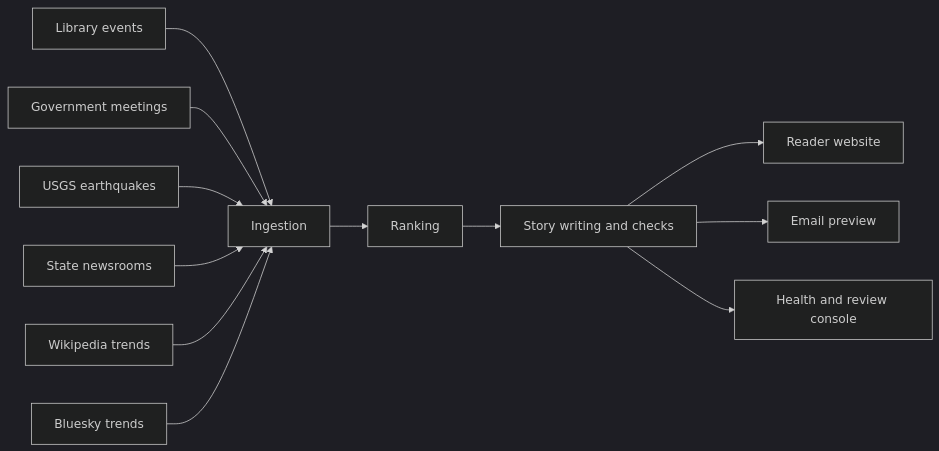
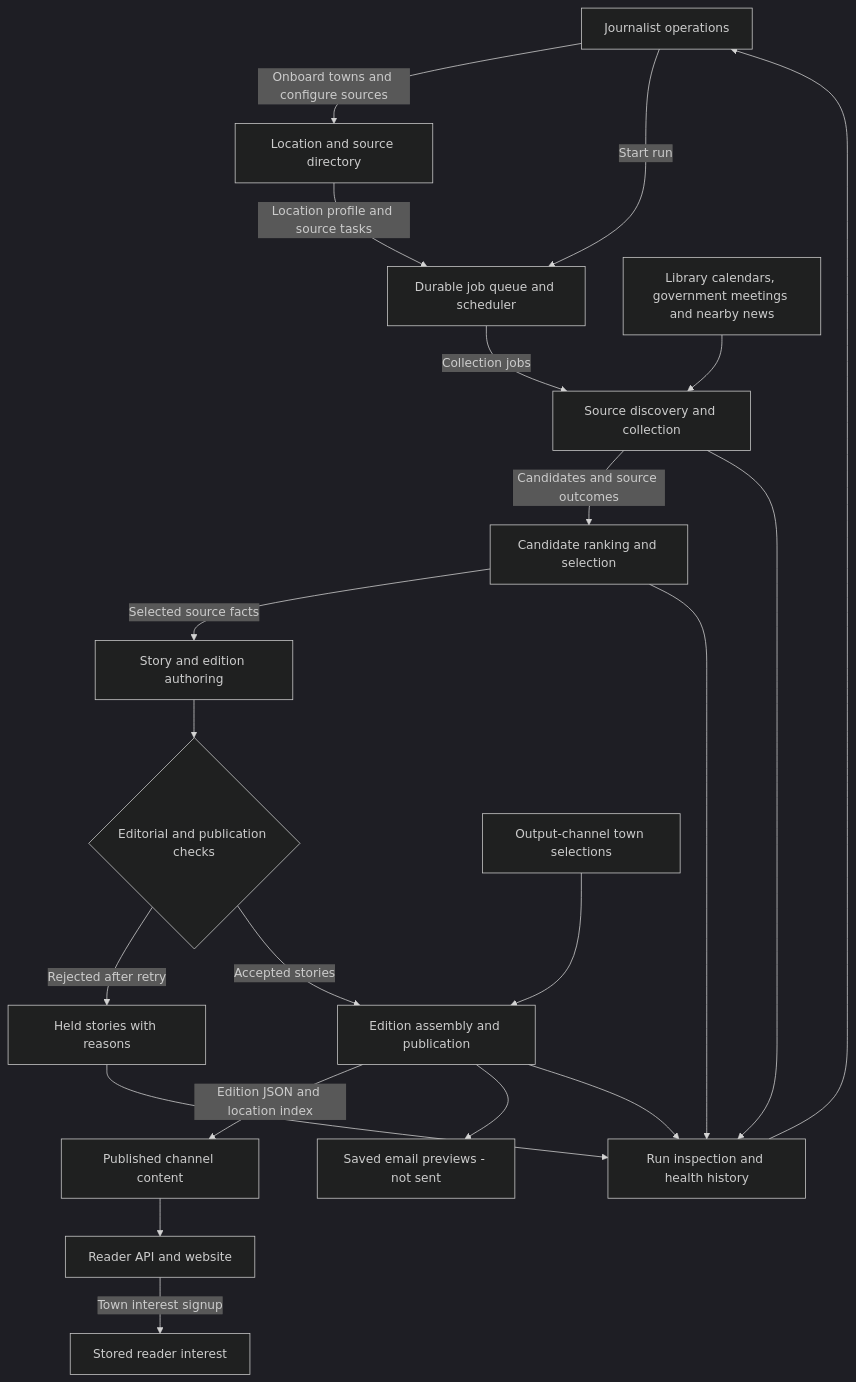
Before and after one commit to vbafnaa/NewsBee: the first of 2 diagrams in README.md, drawn with Mermaid (dark theme). The commit also changed other lines of this file and 290 other files, not shown here.

````diff
--- a/README.md
+++ b/README.md
@@ -13,13 +14,23 @@
 ```mermaid
-flowchart LR
-  Library[Library events] --> Ingest[Ingestion]
-  Meetings[Government meetings] --> Ingest
-  USGS[USGS earthquakes] --> Ingest
-  StateNews[State newsrooms] --> Ingest
-  Wikipedia[Wikipedia trends] --> Ingest
-  Bluesky[Bluesky trends] --> Ingest
-  Ingest --> Rank[Ranking] --> Write[Story writing and checks]
-  Write --> Site[Reader website]
-  Write --> Email[Email preview]
-  Write --> Console[Health and review console]
+flowchart TD
+  Editors[Journalist operations] -->|Onboard towns and configure sources| Locations[Location and source directory]
+  Editors -->|Start run| Queue[Durable job queue and scheduler]
+  Locations -->|Location profile and source tasks| Queue
+  Sources[Library calendars, government meetings and nearby news] --> Collect[Source discovery and collection]
+  Queue -->|Collection jobs| Collect
+  Collect -->|Candidates and source outcomes| Rank[Candidate ranking and selection]
+  Rank -->|Selected source facts| Write[Story and edition authoring]
+  Write --> Checks{Editorial and publication checks}
+  Checks -->|Rejected after retry| Held[Held stories with reasons]
+  Checks -->|Accepted stories| Publish[Edition assembly and publication]
+  Channels[Output-channel town selections] --> Publish
+  Publish -->|Edition JSON and location index| Published[Published channel content]
+  Publish --> Previews[Saved email previews - not sent]
+  Published --> Reader[Reader API and website]
+  Reader -->|Town interest signup| Interest[Stored reader interest]
+  Collect --> Review[Run inspection and health history]
+  Rank --> Review
+  Held --> Review
+  Publish --> Review
+  Review --> Editors
 ```
````
